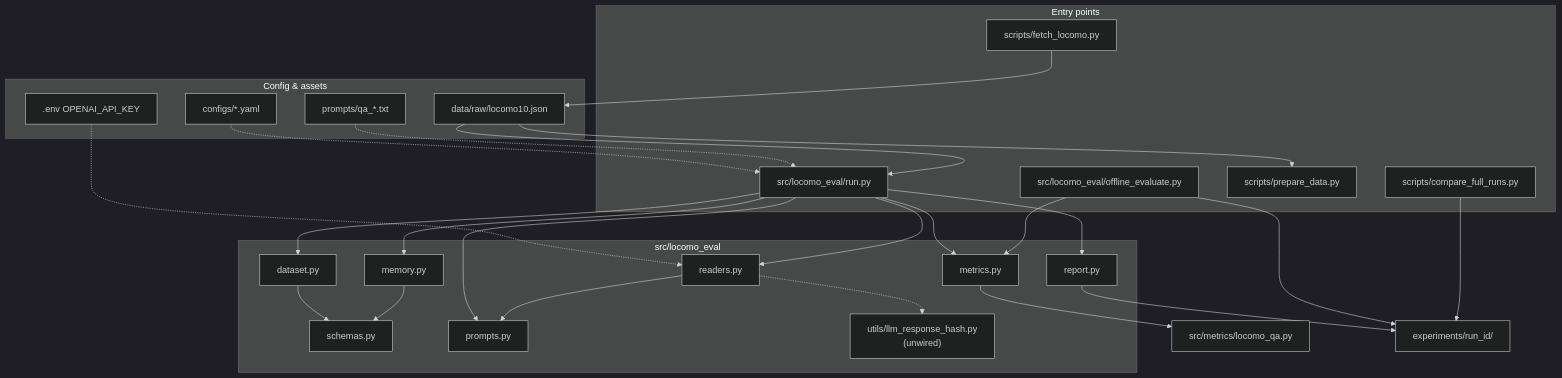
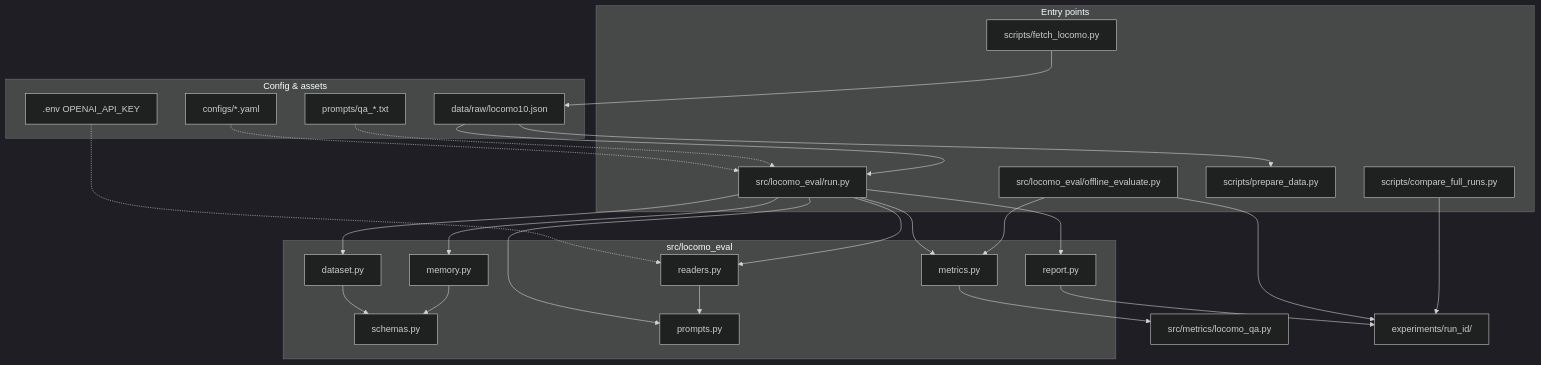
One commit to park-jsdev/long-term-memory-eval changed the first of 4 diagrams in README.md. Above: the diagram before and after it, drawn with Mermaid (dark theme). The commit also changed other lines of this file and 46 other files, not shown here.

````diff
--- a/README.md
+++ b/README.md
@@ -15,54 +15,52 @@
 ```mermaid
 flowchart TB
   subgraph Config["Config & assets"]
     YAML["configs/*.yaml"]
     PROMPT["prompts/qa_*.txt"]
     ENV[".env OPENAI_API_KEY"]
     DATA["data/raw/locomo10.json"]
   end
 
   subgraph CLI["Entry points"]
     RUN["src/locomo_eval/run.py"]
     EVAL["src/locomo_eval/offline_evaluate.py"]
     PREP["scripts/prepare_data.py"]
     CMP["scripts/compare_full_runs.py"]
     FETCH["scripts/fetch_locomo.py"]
   end
 
   subgraph Core["src/locomo_eval"]
     DS["dataset.py"]
     SCH["schemas.py"]
     MEM["memory.py"]
     PR["prompts.py"]
     RD["readers.py"]
-    HASH["utils/llm_response_hash.py\n(unwired)"]
     MET["metrics.py"]
     REP["report.py"]
   end
 
   LOCOMO["src/metrics/locomo_qa.py"]
   OUT["experiments/run_id/"]
 
   FETCH --> DATA
   YAML -.-> RUN
   PROMPT -.-> RUN
   ENV -.-> RD
   DATA --> RUN
   DATA --> PREP
 
   RUN --> DS
   RUN --> MEM
   RUN --> PR
   RUN --> RD
   RUN --> MET
   RUN --> REP
   DS --> SCH
   MEM --> SCH
-  RD -.-> HASH
   RD --> PR
   MET --> LOCOMO
   REP --> OUT
   EVAL --> MET
   EVAL --> OUT
   CMP --> OUT
 ```
````
